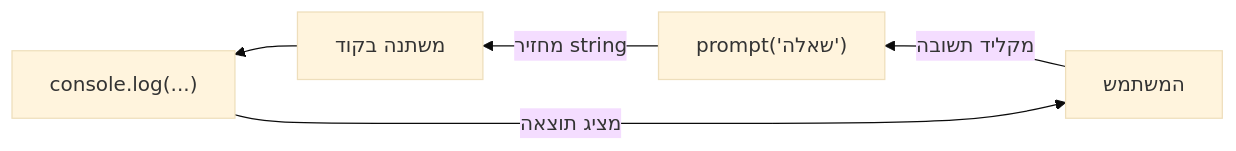
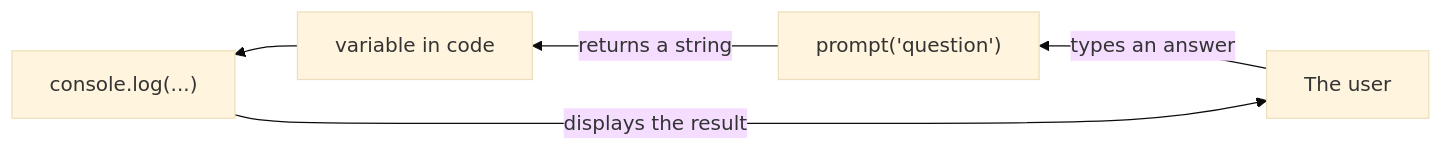
One commit to neriyaMalachi/FullStack_kodkode_5 changed the diagram in content/docs/javascript/3-js-io-content.md. Above: the diagram before and after it, drawn with Mermaid (base theme). The commit also changed other lines of this file and 117 other files, not shown here.

````diff
--- a/content/docs/javascript/3-js-io-content.md
+++ b/content/docs/javascript/3-js-io-content.md
@@ -56,7 +56,7 @@
 ```mermaid
 flowchart RL
-    User["המשתמש"] -->|"מקליד תשובה"| Prompt["prompt('שאלה')"]
-    Prompt -->|"מחזיר string"| Var["משתנה בקוד"]
+    User["The user"] -->|"types an answer"| Prompt["prompt('question')"]
+    Prompt -->|"returns a string"| Var["variable in code"]
     Var --> Log["console.log(...)"]
-    Log -->|"מציג תוצאה"| User
+    Log -->|"displays the result"| User
 ```
````
